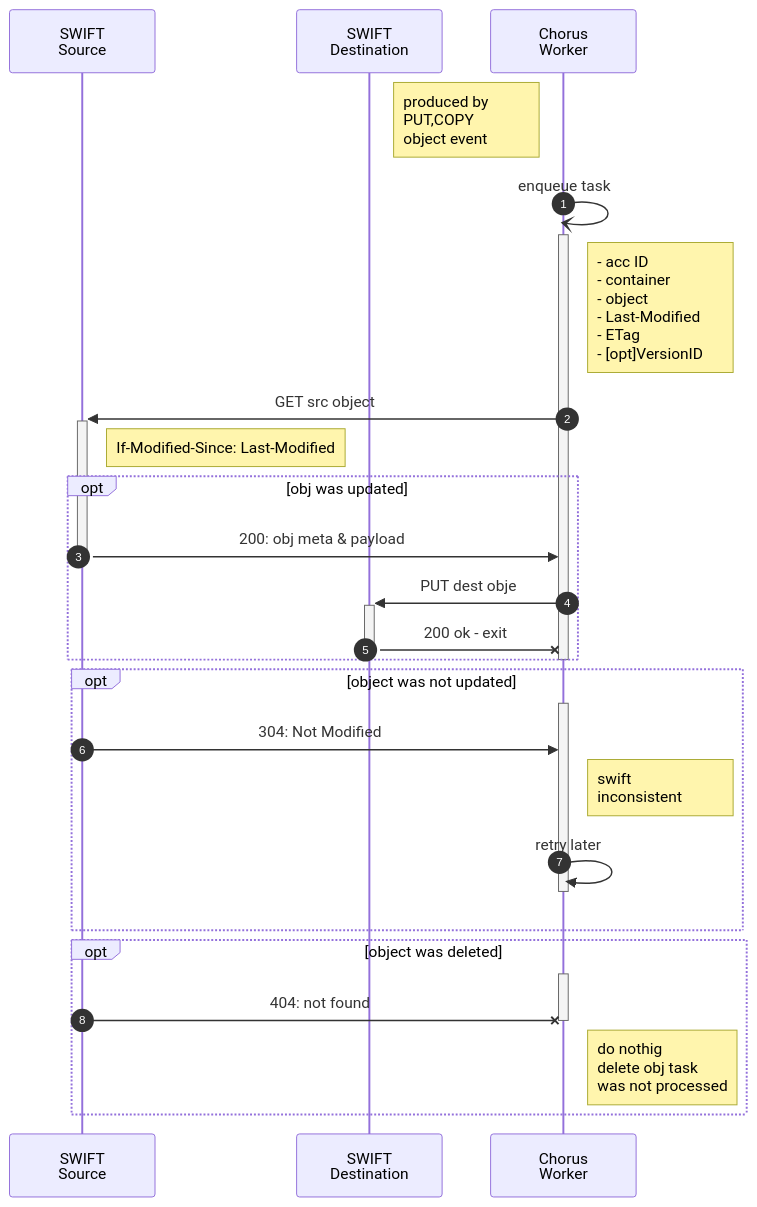
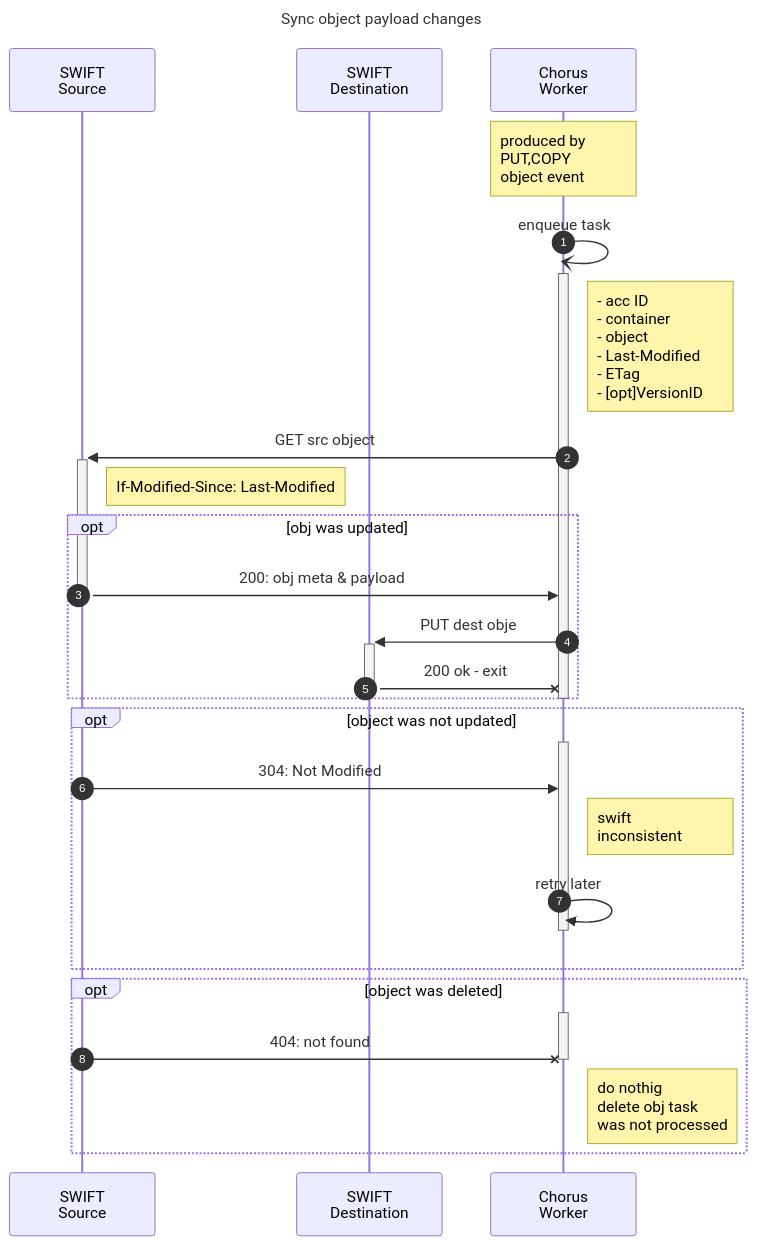
The fifth of 6 diagrams in docs/swift-migration.md (clyso/chorus), drawn with Mermaid before and after one commit. The commit also changed other lines of this file, not shown here.

Commit message:
swift live migration flow docs

````diff
--- a/docs/swift-migration.md
+++ b/docs/swift-migration.md
@@ -135,36 +200,39 @@
 ```mermaid
+---
+title: Sync object payload changes
+--- 
  %%{init: { 'sequence': {'noteAlign':'left'} } }%%
 sequenceDiagram
     autonumber
     Participant s as SWIFT<br>Source
     Participant d as SWIFT<br>Destination
     Participant w as Chorus<br>Worker
 
-    note left of w: produced by<br>PUT,COPY<br>object event
+    note over w: produced by<br>PUT,COPY<br>object event
     w-)w: enqueue task
     activate w
     Note right of w: - acc ID<br>- container<br>- object<br>- Last-Modified<br>- ETag<br>- [opt]VersionID
     w->>+s: GET src object
     note right of s: If-Modified-Since: Last-Modified
 
     opt obj was updated
       s->>-w: 200: obj meta & payload
       w->>+d: PUT dest obje
       d-x-w: 200 ok - exit
     end
     deactivate w
 
     opt object was not updated
       activate w
       s->>w: 304: Not Modified
       note right of w: swift<br>inconsistent
       w->>w: retry later
       deactivate w
     end
     opt object was deleted
       activate w
       s-xw: 404: not found
       deactivate w
       note right of w: do nothig<br>delete obj task<br>was not processed
     end
 ```
````
